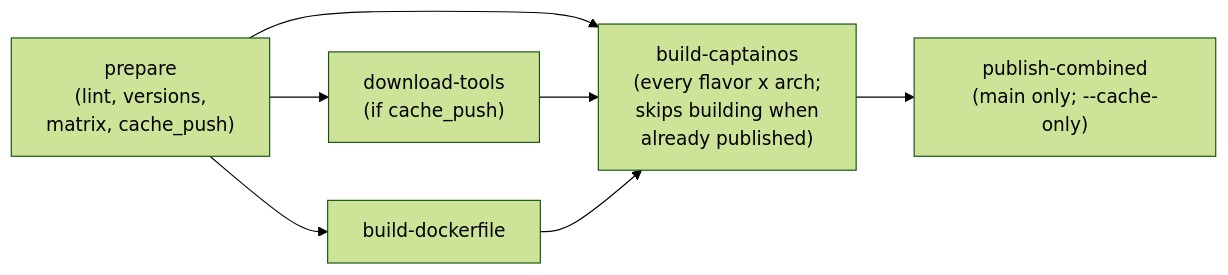
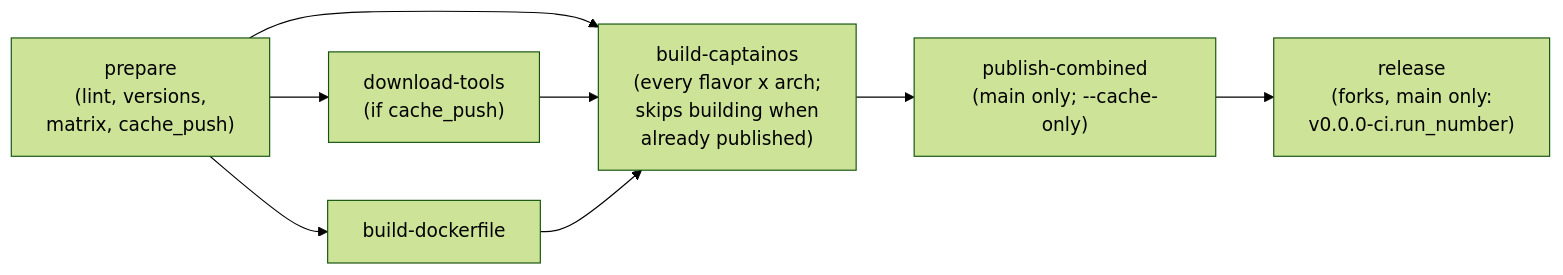
Before and after one commit to rpardini/captain: the fourth of 4 diagrams in docs/build-caching.md, drawn with Mermaid (forest theme). The commit also changed other lines of this file and 3 other files, not shown here.

````diff
--- a/docs/build-caching.md
+++ b/docs/build-caching.md
@@ -183,12 +183,14 @@
 ```mermaid
 flowchart LR
     prepare["prepare<br/>(lint, versions,<br/>matrix, cache_push)"]
     builder["build-dockerfile"]
     tools["download-tools<br/>(if cache_push)"]
     build["build-captainos<br/>(every flavor x arch;<br/>skips building when<br/>already published)"]
     combined["publish-combined<br/>(main only; --cache-only)"]
+    release["release<br/>(forks, main only:<br/>v0.0.0-ci.run_number)"]
     prepare --> builder & tools
     prepare --> build
     tools & builder --> build
     build --> combined
+    combined --> release
 ```
````
